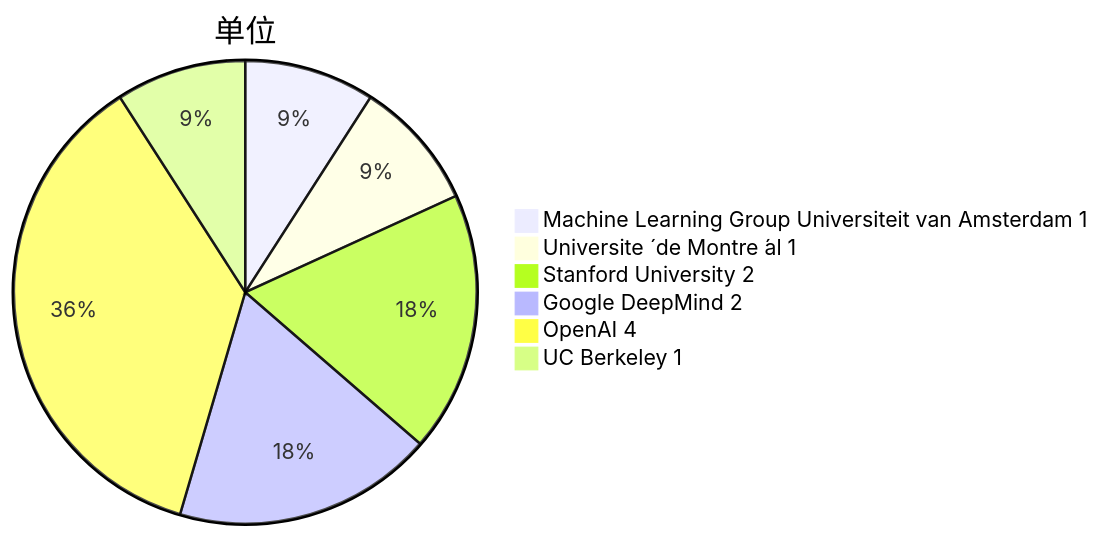
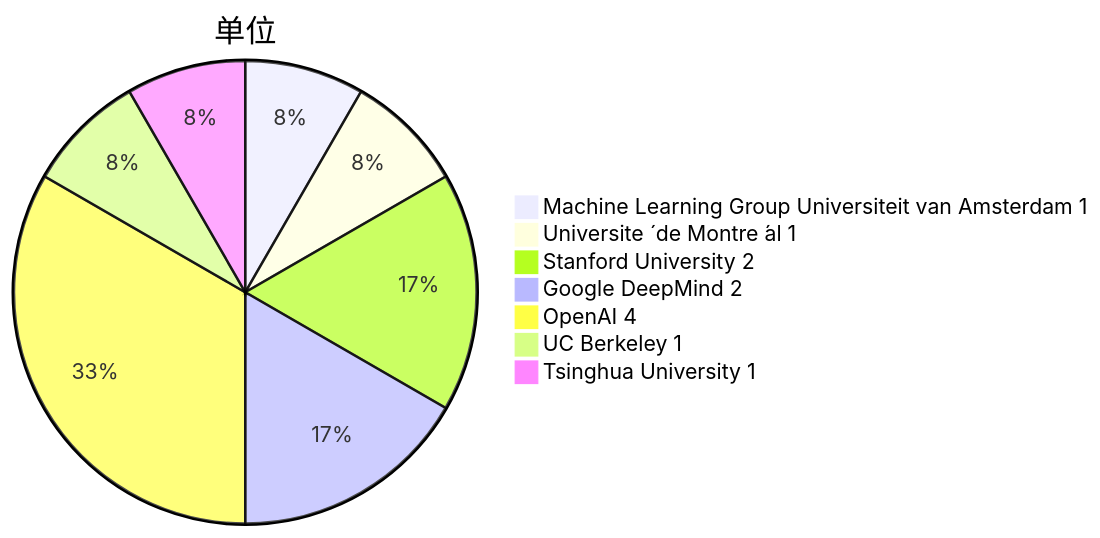
Before and after one commit to Elephant-King9/Paper: the third of 5 diagrams in Base_Model/GAN+VAE+Diffusion/analyse.md, drawn with Mermaid. The commit also changed other lines of this file and 3 other files, not shown here.

````diff
--- a/Base_Model/GAN+VAE+Diffusion/analyse.md
+++ b/Base_Model/GAN+VAE+Diffusion/analyse.md
@@ -45,9 +46,10 @@
 ```mermaid
 pie title 单位
     "Machine Learning Group Universiteit van Amsterdam 1" : 1
     "Universite ́ de Montre ́al 1" : 1
     "Stanford University 2" : 2
     "Google DeepMind 2" : 2
     "OpenAI 4" : 4
     "UC Berkeley 1" : 1
+    "Tsinghua University 1" : 1
 ```
````
